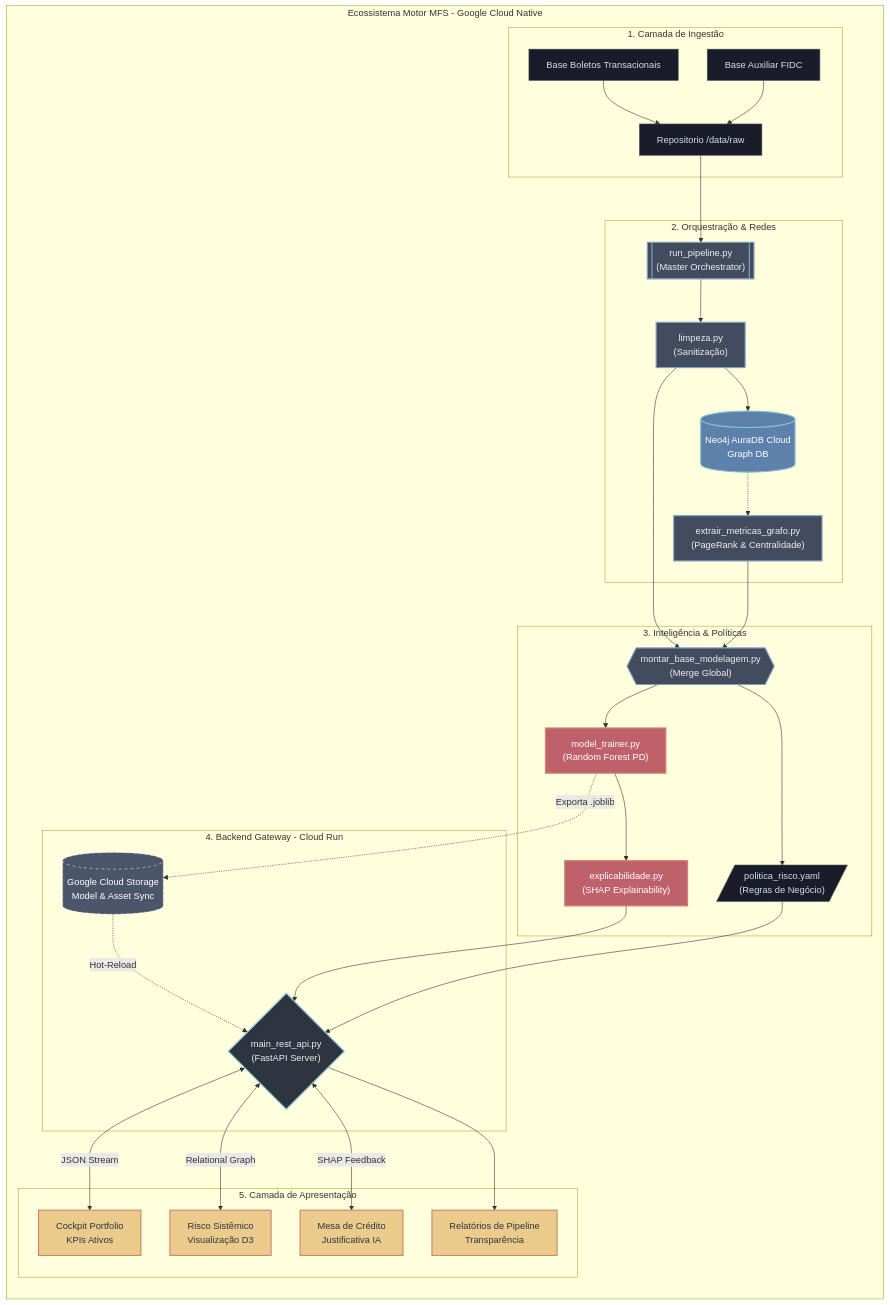
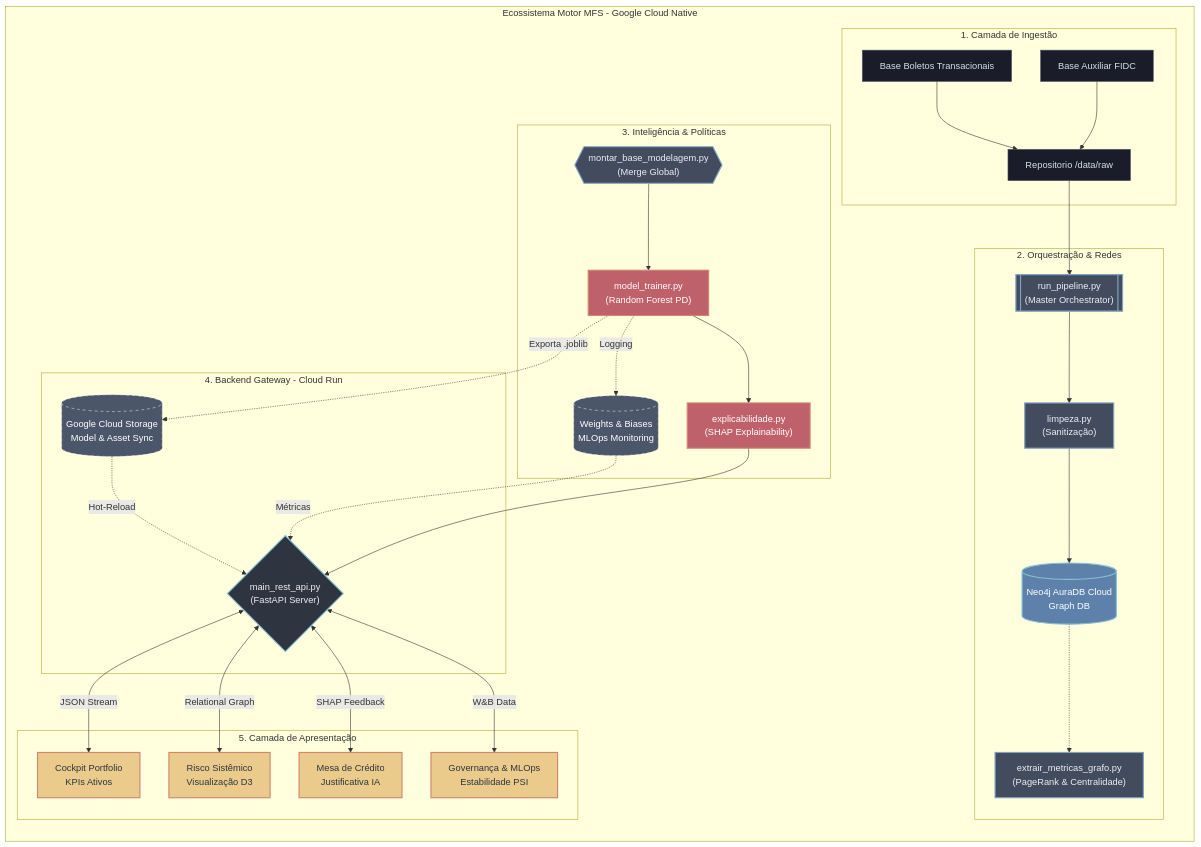
One commit to DiegoDegan/MotorForeSig-FIAPxNUCLEA changed the diagram in Documentação/diagrama_arquitetura_mfs.md. Above: the diagram before and after it, drawn with Mermaid. The commit also changed 1 other file, not shown here.

Commit message:
docs: adiciona estudo de qualidade do modelo e atualiza diagrama de arquitetura

````diff
--- a/Documentação/diagrama_arquitetura_mfs.md
+++ b/Documentação/diagrama_arquitetura_mfs.md
@@ -5,72 +5,70 @@
 ```mermaid
 flowchart TD
 
     %% Cores e Estilizações Customizadas
     classDef rawData fill:#1a1c29,stroke:#4C566A,stroke-width:1px,color:#D8DEE9
     classDef external fill:#2e3440,stroke:#88C0D0,stroke-width:2px,color:#ECEFF4
     classDef compute fill:#434C5E,stroke:#81A1C1,stroke-width:2px,color:#ECEFF4
     classDef graphBD fill:#5E81AC,stroke:#88C0D0,stroke-width:2px,color:#FFF
     classDef mlEngine fill:#BF616A,stroke:#D08770,stroke-width:2px,color:#FFF
     classDef output fill:#A3BE8C,stroke:#8FBCBB,stroke-width:2px,color:#2E3440
     classDef frontend fill:#EBCB8B,stroke:#D08770,stroke-width:2px,color:#2E3440
     classDef infra fill:#4C566A,stroke:#D8DEE9,stroke-dasharray: 5 5,color:#FFF
 
     subgraph MFS_CLOUD [Ecossistema Motor MFS - Google Cloud Native]
         direction TB
         
         subgraph DataSources [1. Camada de Ingestão]
             B[Base Boletos Transacionais]:::rawData
             A[Base Auxiliar FIDC]:::rawData
             Raw[Repositorio /data/raw]:::rawData
             
             B & A --> Raw
         end
 
         subgraph ETL_Graph [2. Orquestração & Redes]
             RunAll[["run_pipeline.py\n(Master Orchestrator)"]]:::compute
             Limp["limpeza.py\n(Sanitização)"]:::compute
             Neo[(Neo4j AuraDB Cloud\nGraph DB)]:::graphBD
             NetX["extrair_metricas_grafo.py\n(PageRank & Centralidade)"]:::compute
             
             Raw --> RunAll
             RunAll --> Limp
             Limp --> Neo
             Neo -.-> NetX
         end
 
         subgraph Intelligence [3. Inteligência & Políticas]
             MergeBase{{"montar_base_modelagem.py\n(Merge Global)"}}:::compute
             Trainer["model_trainer.py\n(Random Forest PD)"]:::mlEngine
             SHAP["explicabilidade.py\n(SHAP Explainability)"]:::mlEngine
-            YAML[/"politica_risco.yaml\n(Regras de Negócio)"/]:::rawData
+            WB[(Weights & Biases\nMLOps Monitoring)]:::infra
             
-            Limp --> MergeBase
-            NetX --> MergeBase
             MergeBase --> Trainer
             Trainer --> SHAP
-            MergeBase --> YAML
+            Trainer -.->|Logging| WB
         end
 
         subgraph Runtime [4. Backend Gateway - Cloud Run]
             FastAPI{"main_rest_api.py\n(FastAPI Server)"}:::external
             GCS[(Google Cloud Storage\nModel & Asset Sync)]:::infra
             
             Trainer -.->|Exporta .joblib| GCS
             GCS -.->|Hot-Reload| FastAPI
+            WB -.->|Métricas| FastAPI
             SHAP --> FastAPI
-            YAML --> FastAPI
         end
 
         subgraph Frontend [5. Camada de Apresentação]
             Cockpit[Cockpit Portfolio\nKPIs Ativos]:::frontend
             SysRisk[Risco Sistêmico\nVisualização D3]:::frontend
             CreditDesk[Mesa de Crédito\nJustificativa IA]:::frontend
-            Report[Relatórios de Pipeline\nTransparência]:::frontend
+            GovML[Governança & MLOps\nEstabilidade PSI]:::frontend
             
             FastAPI <-->|JSON Stream| Cockpit
             FastAPI <-->|Relational Graph| SysRisk
             FastAPI <-->|SHAP Feedback| CreditDesk
-            FastAPI --> Report
+            FastAPI <-->|W&B Data| GovML
         end
     end
 ```
````
